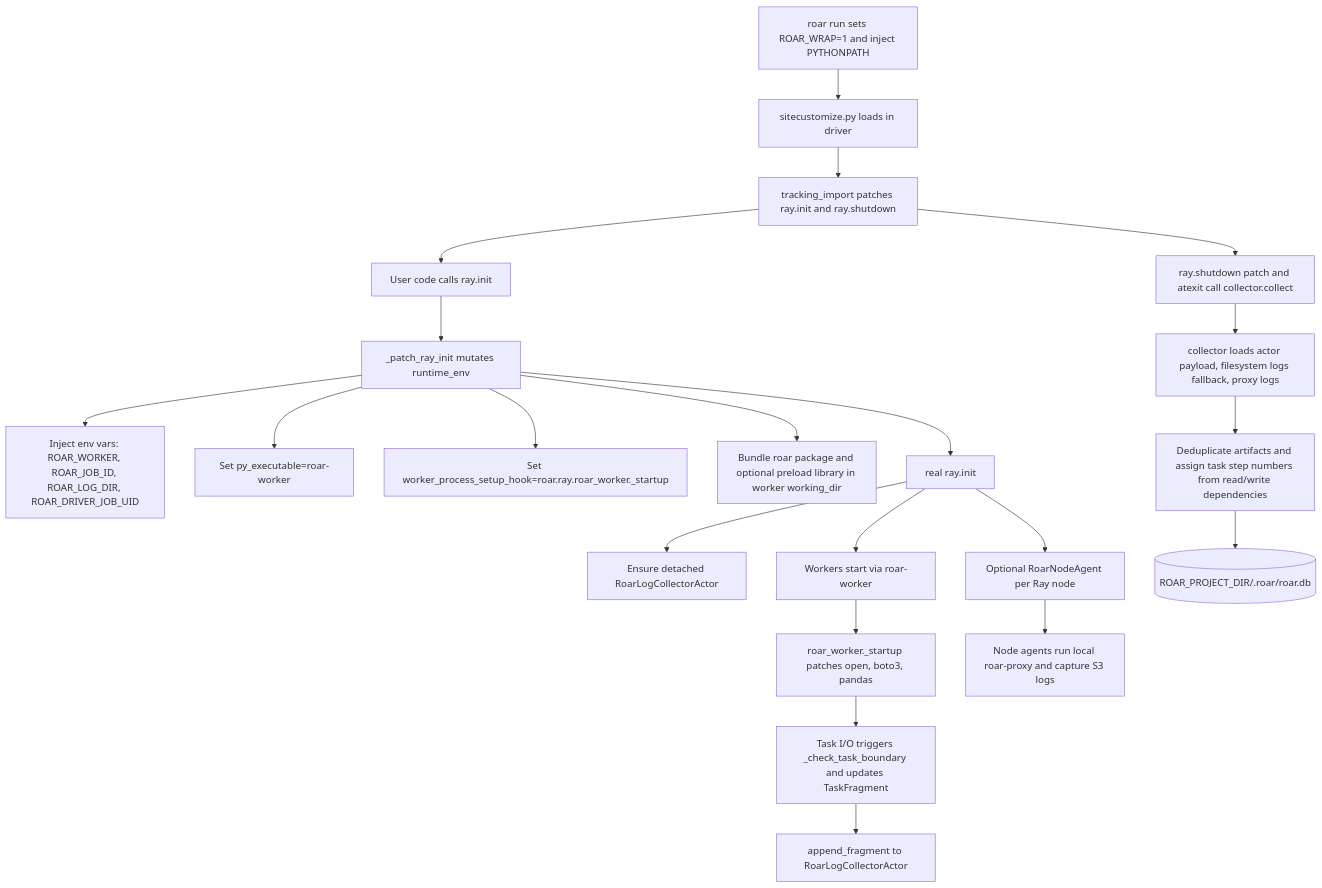
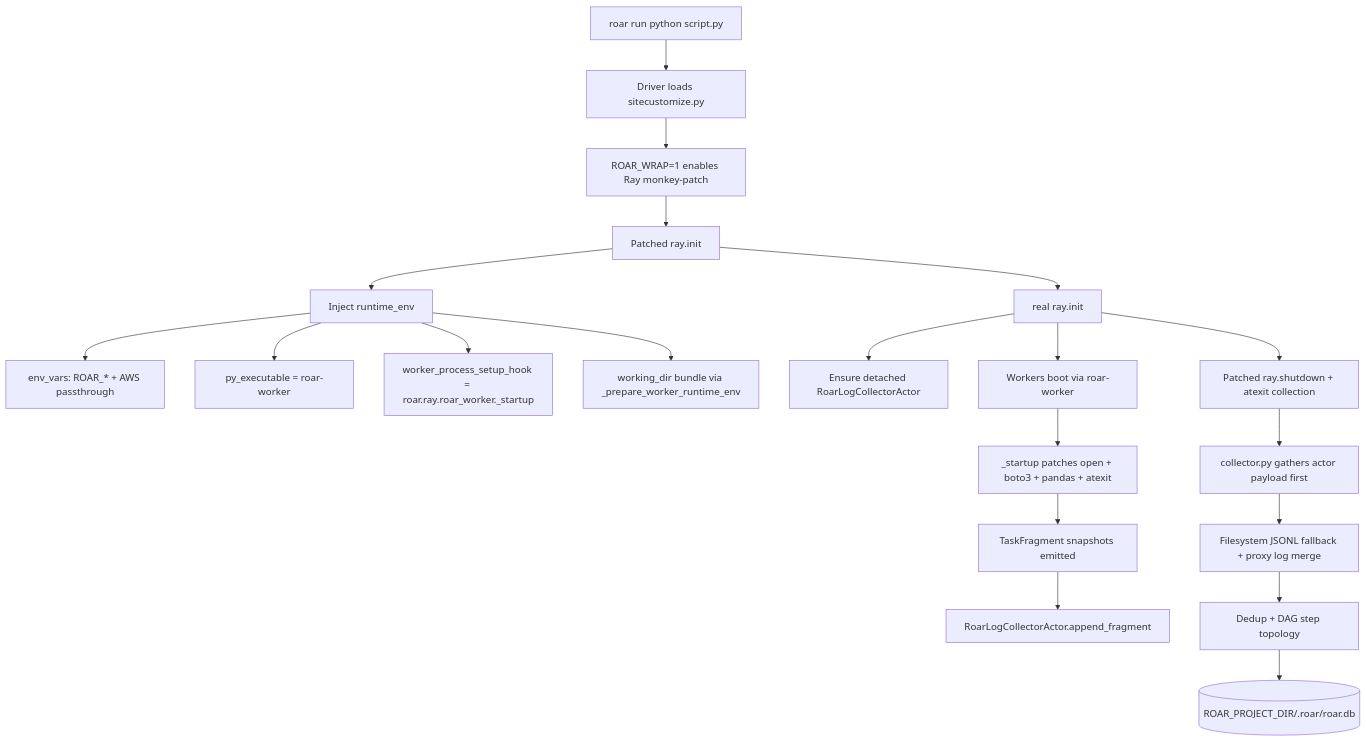
The first of 2 diagrams in docs/developer/ray-integration.md (treqs/roar), drawn with Mermaid before and after one commit. The commit also changed other lines of this file and 1 other file, not shown here.

Commit message:
docs: add developer and end-user documentation for Ray integration

````diff
--- a/docs/developer/ray-integration.md
+++ b/docs/developer/ray-integration.md
@@ -11,23 +11,22 @@
 ```mermaid
 flowchart TD
-    A[roar run sets ROAR_WRAP=1 and inject PYTHONPATH] --> B[sitecustomize.py loads in driver]
-    B --> C[tracking_import patches ray.init and ray.shutdown]
-    C --> D[User code calls ray.init]
-    D --> E[_patch_ray_init mutates runtime_env]
-    E --> E1[Inject env vars: ROAR_WORKER, ROAR_JOB_ID, ROAR_LOG_DIR, ROAR_DRIVER_JOB_UID]
-    E --> E2[Set py_executable=roar-worker]
-    E --> E3[Set worker_process_setup_hook=roar.ray.roar_worker._startup]
-    E --> E4[Bundle roar package and optional preload library in worker working_dir]
-    E --> F[real ray.init]
+    A[roar run python script.py] --> B[Driver loads sitecustomize.py]
+    B --> C[ROAR_WRAP=1 enables Ray monkey-patch]
+    C --> D[Patched ray.init]
+    D --> E[Inject runtime_env]
+    E --> E1[env_vars: ROAR_* + AWS passthrough]
+    E --> E2[py_executable = roar-worker]
+    E --> E3[worker_process_setup_hook = roar.ray.roar_worker._startup]
+    E --> E4[working_dir bundle via _prepare_worker_runtime_env]
+    D --> F[real ray.init]
     F --> G[Ensure detached RoarLogCollectorActor]
-    F --> H[Optional RoarNodeAgent per Ray node]
-    F --> I[Workers start via roar-worker]
-    I --> J[roar_worker._startup patches open, boto3, pandas]
-    J --> K[Task I/O triggers _check_task_boundary and updates TaskFragment]
-    K --> L[append_fragment to RoarLogCollectorActor]
-    H --> M[Node agents run local roar-proxy and capture S3 logs]
-    C --> N[ray.shutdown patch and atexit call collector.collect]
-    N --> O[collector loads actor payload, filesystem logs fallback, proxy logs]
-    O --> P[Deduplicate artifacts and assign task step numbers from read/write dependencies]
-    P --> Q[(ROAR_PROJECT_DIR/.roar/roar.db)]
+    F --> H[Workers boot via roar-worker]
+    H --> I[_startup patches open + boto3 + pandas + atexit]
+    I --> J[TaskFragment snapshots emitted]
+    J --> K[RoarLogCollectorActor.append_fragment]
+    F --> L[Patched ray.shutdown + atexit collection]
+    L --> M[collector.py gathers actor payload first]
+    M --> N[Filesystem JSONL fallback + proxy log merge]
+    N --> O[Dedup + DAG step topology]
+    O --> P[(ROAR_PROJECT_DIR/.roar/roar.db)]
 ```
````
